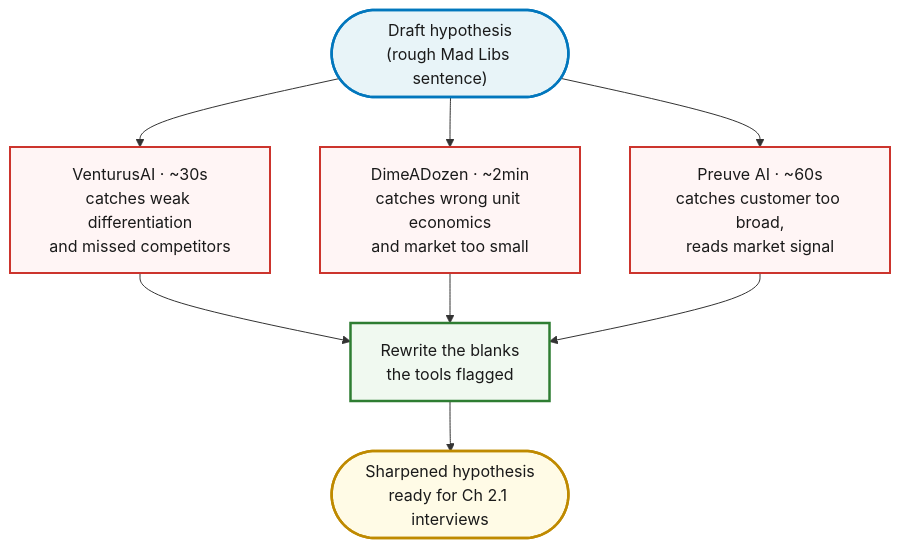
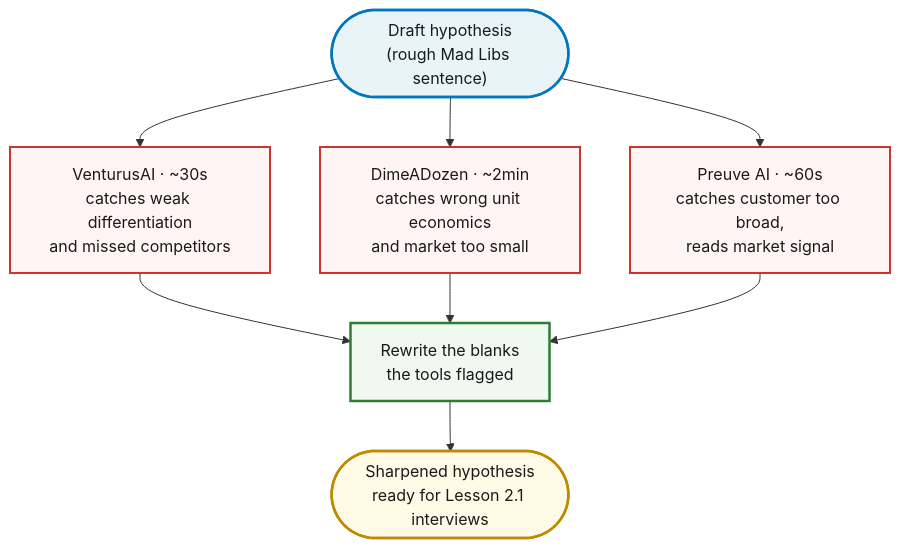
One commit to jetthoughts/jetthoughts.github.io changed the diagram in content/course/tech-for-non-technical-founders-2026/validation-tools-field-guide/index.md. Above: the diagram before and after it, drawn with Mermaid. The commit also changed other lines of this file and 56 other files, not shown here.

````diff
--- a/content/course/tech-for-non-technical-founders-2026/validation-tools-field-guide/index.md
+++ b/content/course/tech-for-non-technical-founders-2026/validation-tools-field-guide/index.md
@@ -45,22 +45,22 @@
 ```mermaid
 %%{init: {'theme':'base', 'themeVariables': {'fontFamily':'Caveat, Patrick Hand, Comic Sans MS, cursive', 'primaryColor':'#fff5f5', 'primaryBorderColor':'#cc342d', 'lineColor':'#333', 'primaryTextColor':'#1a1a1a'}}}%%
 flowchart TD
     Draft(["Draft hypothesis<br/>(rough Mad Libs sentence)"])
     Draft --> V["VenturusAI · ~30s<br/>catches weak differentiation<br/>and missed competitors"]
     Draft --> D["DimeADozen · ~2min<br/>catches wrong unit economics<br/>and market too small"]
     Draft --> P["Preuve AI · ~60s<br/>catches customer too broad,<br/>reads market signal"]
     V --> Refine["Rewrite the blanks<br/>the tools flagged"]
     D --> Refine
     P --> Refine
-    Refine --> Out(["Sharpened hypothesis<br/>ready for Ch 2.1 interviews"])
+    Refine --> Out(["Sharpened hypothesis<br/>ready for Lesson 2.1 interviews"])
 
     classDef draft fill:#e8f4f8,stroke:#0277bd,stroke-width:2.5px,color:#1a1a1a
     classDef tool fill:#fff5f5,stroke:#cc342d,stroke-width:2px,color:#1a1a1a
     classDef refine fill:#f0f9f0,stroke:#2e7d32,stroke-width:2.5px,color:#1a1a1a
     classDef out fill:#fffbe6,stroke:#bf8a00,stroke-width:2.5px,color:#1a1a1a
 
     class Draft draft
     class V,D,P tool
     class Refine refine
     class Out out
 ```
````
